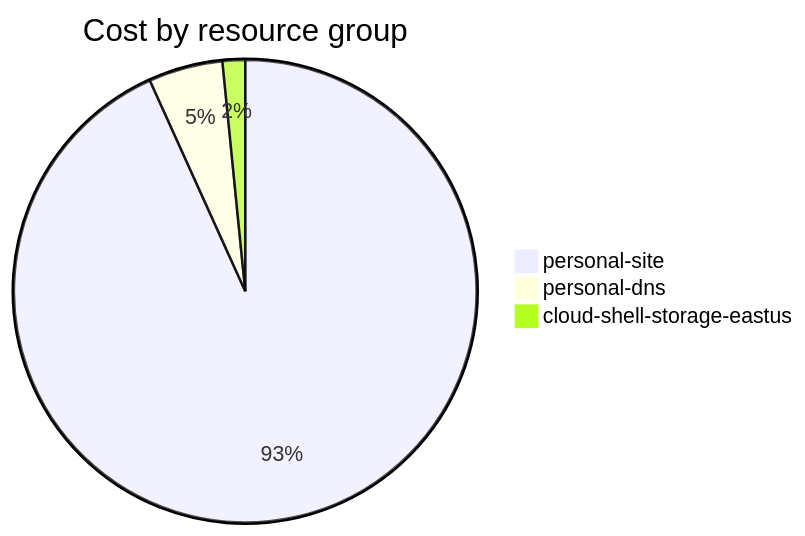
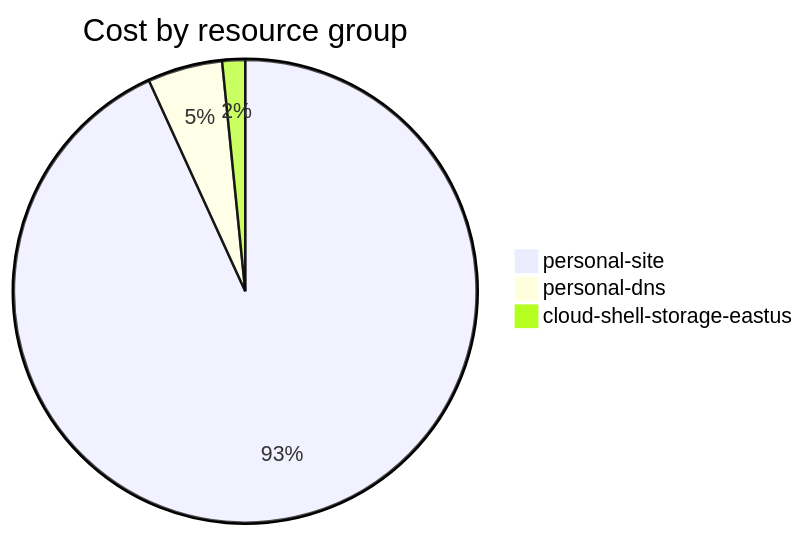
Before and after one commit to jpfulton/azure-personal-reports: the fourth of 4 diagrams in cost-reports/accumulated-cost.md, drawn with Mermaid. The commit also changed other lines of this file and 4 other files, not shown here.

````diff
--- a/cost-reports/accumulated-cost.md
+++ b/cost-reports/accumulated-cost.md
@@ -141,7 +141,7 @@
 ```mermaid
 pie
    title Cost by resource group
-   "personal-site" : 8.27
-   "personal-dns" : 0.46
-   "cloud-shell-storage-eastus" : 0.14
+   "personal-site" : 8.74
+   "personal-dns" : 0.49
+   "cloud-shell-storage-eastus" : 0.15
 ```
````
